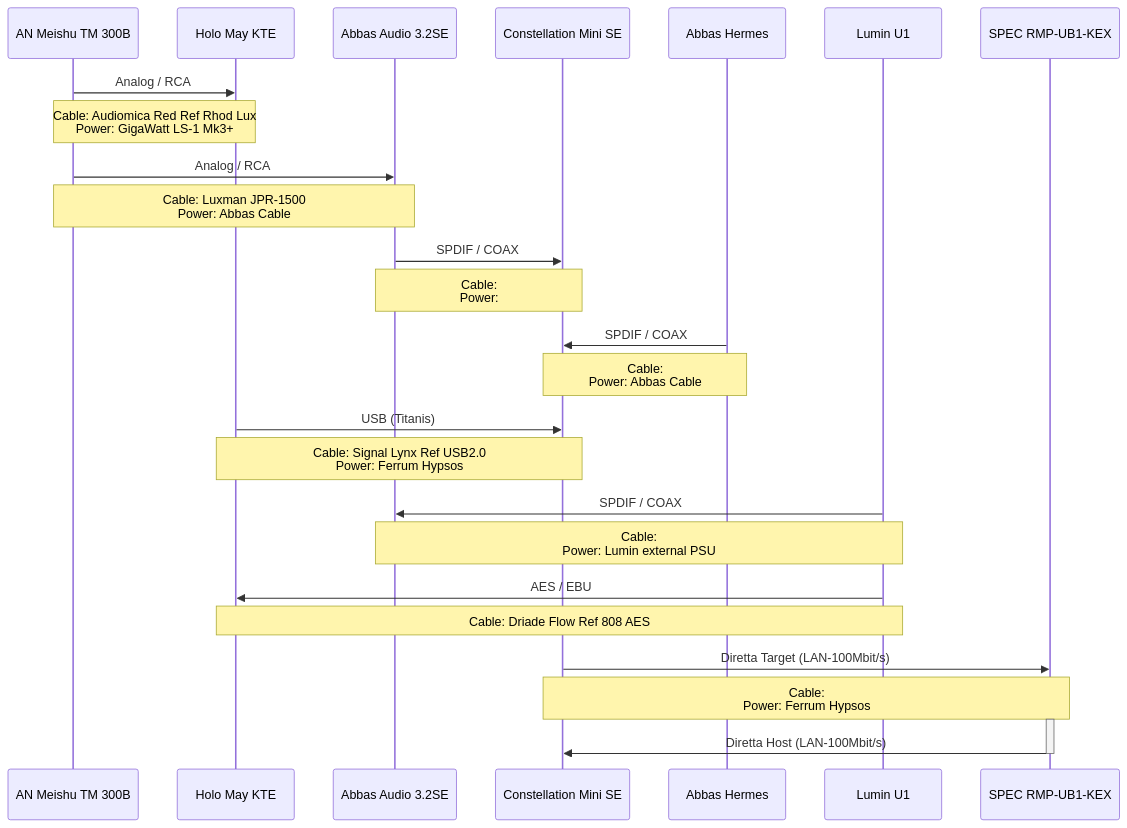
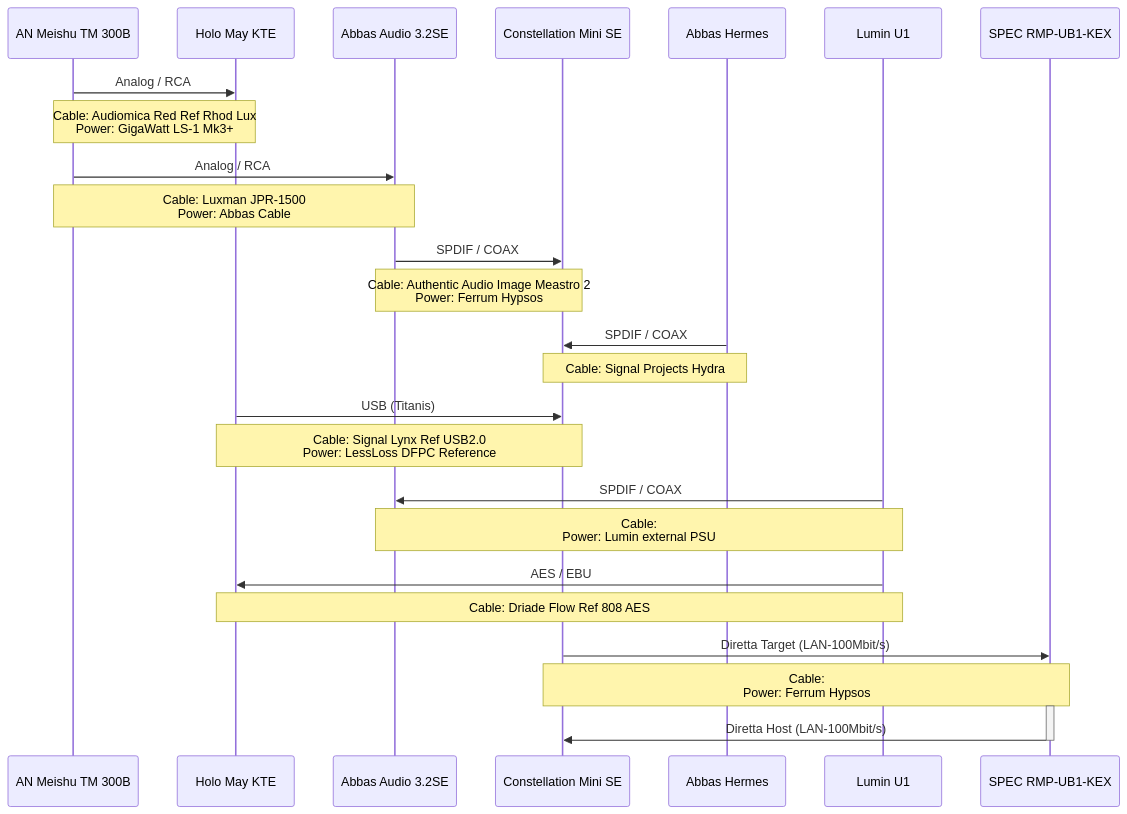
One commit to geraldfehringer/diretta changed the first of 3 diagrams in gerihifi-setup.md. Above: the diagram before and after it, drawn with Mermaid. The commit also changed other lines of this file, not shown here.

````diff
--- a/gerihifi-setup.md
+++ b/gerihifi-setup.md
@@ -35,22 +35,22 @@
 ```mermaid
 sequenceDiagram
     AN Meishu TM 300B->>Holo May KTE: Analog / RCA
     Note over AN Meishu TM 300B,Holo May KTE: Cable: Audiomica Red Ref Rhod Lux<br> Power: GigaWatt LS-1 Mk3+
     AN Meishu TM 300B->>Abbas Audio 3.2SE: Analog / RCA
     Note over AN Meishu TM 300B,Abbas Audio 3.2SE: Cable: Luxman JPR-1500<br> Power: Abbas Cable
     Abbas Audio 3.2SE->>Constellation Mini SE: SPDIF / COAX
-    Note over Constellation Mini SE,Abbas Audio 3.2SE: Cable: <br> Power:
+    Note over Constellation Mini SE,Abbas Audio 3.2SE: Cable: Authentic Audio Image Meastro 2<br> Power: Ferrum Hypsos
     Abbas Hermes->>Constellation Mini SE: SPDIF / COAX
-    Note over Constellation Mini SE,Abbas Hermes: Cable: <br> Power: Abbas Cable
+    Note over Constellation Mini SE,Abbas Hermes: Cable: Signal Projects Hydra
     Holo May KTE->>Constellation Mini SE: USB (Titanis)
-    Note over Constellation Mini SE,Holo May KTE: Cable: Signal Lynx Ref USB2.0<br> Power: Ferrum Hypsos
+    Note over Constellation Mini SE,Holo May KTE: Cable: Signal Lynx Ref USB2.0<br> Power: LessLoss DFPC Reference
     Lumin U1->>Abbas Audio 3.2SE: SPDIF / COAX
     Note over Abbas Audio 3.2SE,Lumin U1: Cable: <br> Power: Lumin external PSU
     Lumin U1->>Holo May KTE: AES / EBU
     Note over Holo May KTE,Lumin U1: Cable: Driade Flow Ref 808 AES
     Constellation Mini SE->>SPEC RMP-UB1-KEX: Diretta Target (LAN-100Mbit/s)
     Note over SPEC RMP-UB1-KEX,Constellation Mini SE: Cable: <br> Power: Ferrum Hypsos
     activate SPEC RMP-UB1-KEX
     SPEC RMP-UB1-KEX->>Constellation Mini SE: Diretta Host (LAN-100Mbit/s)
     deactivate SPEC RMP-UB1-KEX
 ```
````
